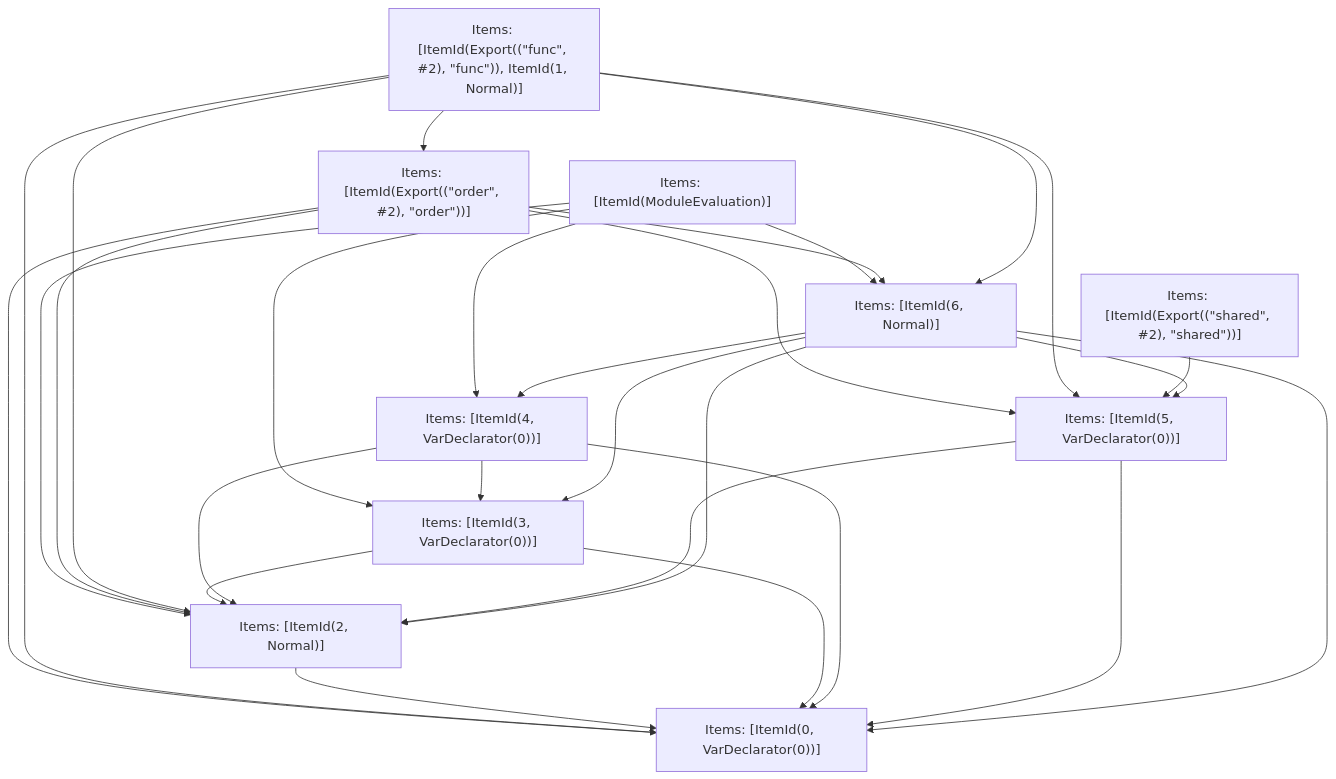
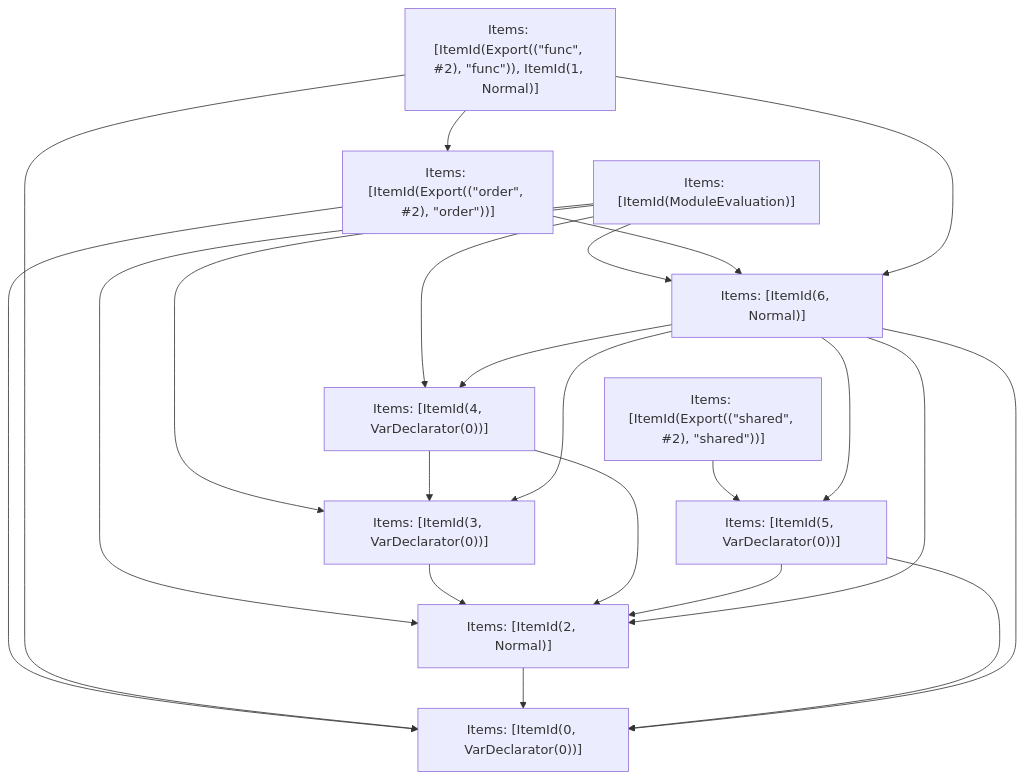
Before and after one commit to vercel/turborepo: the fifth of 5 diagrams in crates/turbopack-ecmascript/tests/tree-shaker/analyzer/write-order/output.md, drawn with Mermaid. The commit also changed other lines of this file and 32 other files, not shown here.

````diff
--- a/crates/turbopack-ecmascript/tests/tree-shaker/analyzer/write-order/output.md
+++ b/crates/turbopack-ecmascript/tests/tree-shaker/analyzer/write-order/output.md
@@ -235,40 +219,34 @@
 ```mermaid
 graph TD
     N0["Items: [ItemId(ModuleEvaluation)]"];
     N1["Items: [ItemId(Export((&quot;order&quot;, #2), &quot;order&quot;))]"];
     N2["Items: [ItemId(Export((&quot;func&quot;, #2), &quot;func&quot;)), ItemId(1, Normal)]"];
     N3["Items: [ItemId(Export((&quot;shared&quot;, #2), &quot;shared&quot;))]"];
     N4["Items: [ItemId(0, VarDeclarator(0))]"];
     N5["Items: [ItemId(2, Normal)]"];
     N6["Items: [ItemId(3, VarDeclarator(0))]"];
     N7["Items: [ItemId(4, VarDeclarator(0))]"];
     N8["Items: [ItemId(5, VarDeclarator(0))]"];
     N9["Items: [ItemId(6, Normal)]"];
     N0 --> N5;
     N0 --> N6;
     N0 --> N7;
     N0 --> N9;
+    N1 --> N9;
     N1 --> N4;
-    N1 --> N5;
-    N1 --> N8;
-    N1 --> N9;
+    N2 --> N9;
     N2 --> N4;
-    N2 --> N5;
-    N2 --> N8;
-    N2 --> N9;
     N2 --> N1;
     N3 --> N8;
     N5 --> N4;
     N6 --> N5;
-    N6 --> N4;
     N7 --> N5;
     N7 --> N6;
-    N7 --> N4;
+    N8 --> N5;
     N8 --> N4;
-    N8 --> N5;
+    N9 --> N8;
     N9 --> N4;
     N9 --> N5;
-    N9 --> N8;
     N9 --> N6;
     N9 --> N7;
 ```
````
